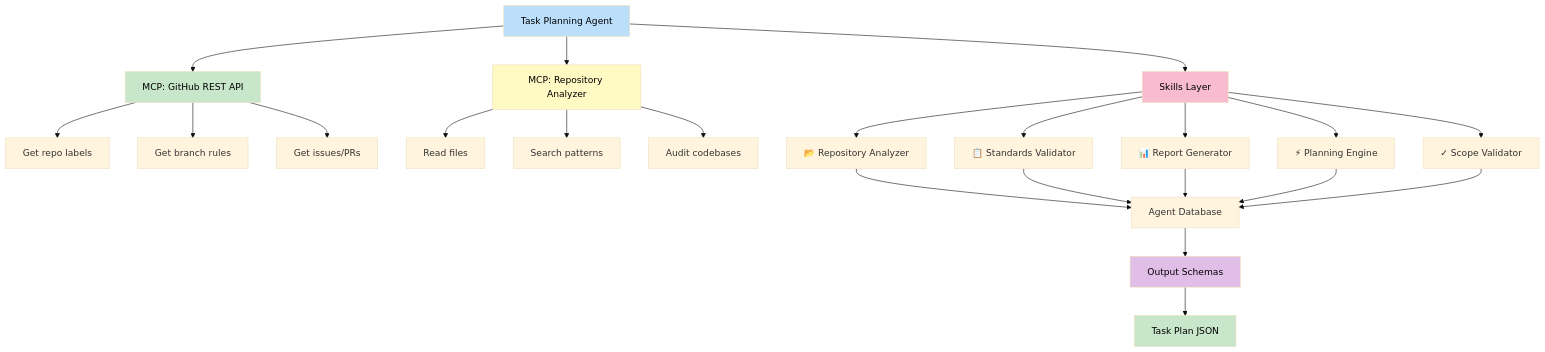
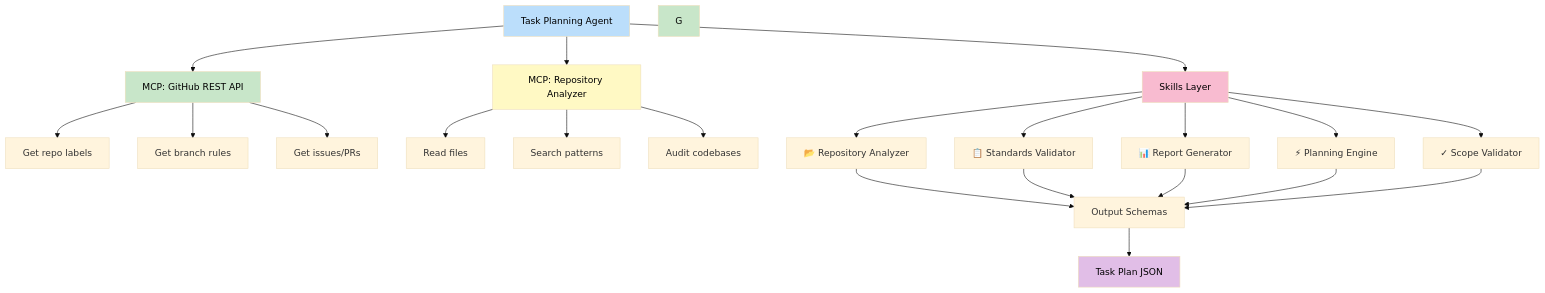
The fourth of 6 diagrams in .github/projects/active/portable-task-planning-agents-2026-08-12/CLARIFYING_QUESTIONS_AND_ANSWERS.md (lightspeedwp/.github), drawn with Mermaid (base theme) before and after one commit. The commit also changed other lines of this file and 1 other file, not shown here.

````diff
--- a/.github/projects/active/portable-task-planning-agents-2026-08-12/CLARIFYING_QUESTIONS_AND_ANSWERS.md
+++ b/.github/projects/active/portable-task-planning-agents-2026-08-12/CLARIFYING_QUESTIONS_AND_ANSWERS.md
@@ -626,38 +645,37 @@
 ```mermaid
 graph TB
     A["Task Planning Agent"]
     
     A --> B["MCP: GitHub REST API"]
     A --> C["MCP: Repository Analyzer"]
     A --> D["Skills Layer"]
     
     B --> B1["Get repo labels"]
     B --> B2["Get branch rules"]
     B --> B3["Get issues/PRs"]
     
     C --> C1["Read files"]
     C --> C2["Search patterns"]
     C --> C3["Audit codebases"]
     
     D --> D1["📂 Repository Analyzer"]
     D --> D2["📋 Standards Validator"]
     D --> D3["📊 Report Generator"]
     D --> D4["⚡ Planning Engine"]
     D --> D5["✓ Scope Validator"]
     
-    D1 --> E["Agent Database"]
+    D1 --> E["Output Schemas"]
     D2 --> E
     D3 --> E
     D4 --> E
     D5 --> E
     
-    E --> F["Output Schemas"]
-    F --> G["Task Plan JSON"]
+    E --> F["Task Plan JSON"]
     
     style A fill:#bbdefb,color:#000
     style B fill:#c8e6c9,color:#000
     style C fill:#fff9c4,color:#000
     style D fill:#f8bbd0,color:#000
     style F fill:#e1bee7,color:#000
     style G fill:#c8e6c9,color:#000
 ```
````
